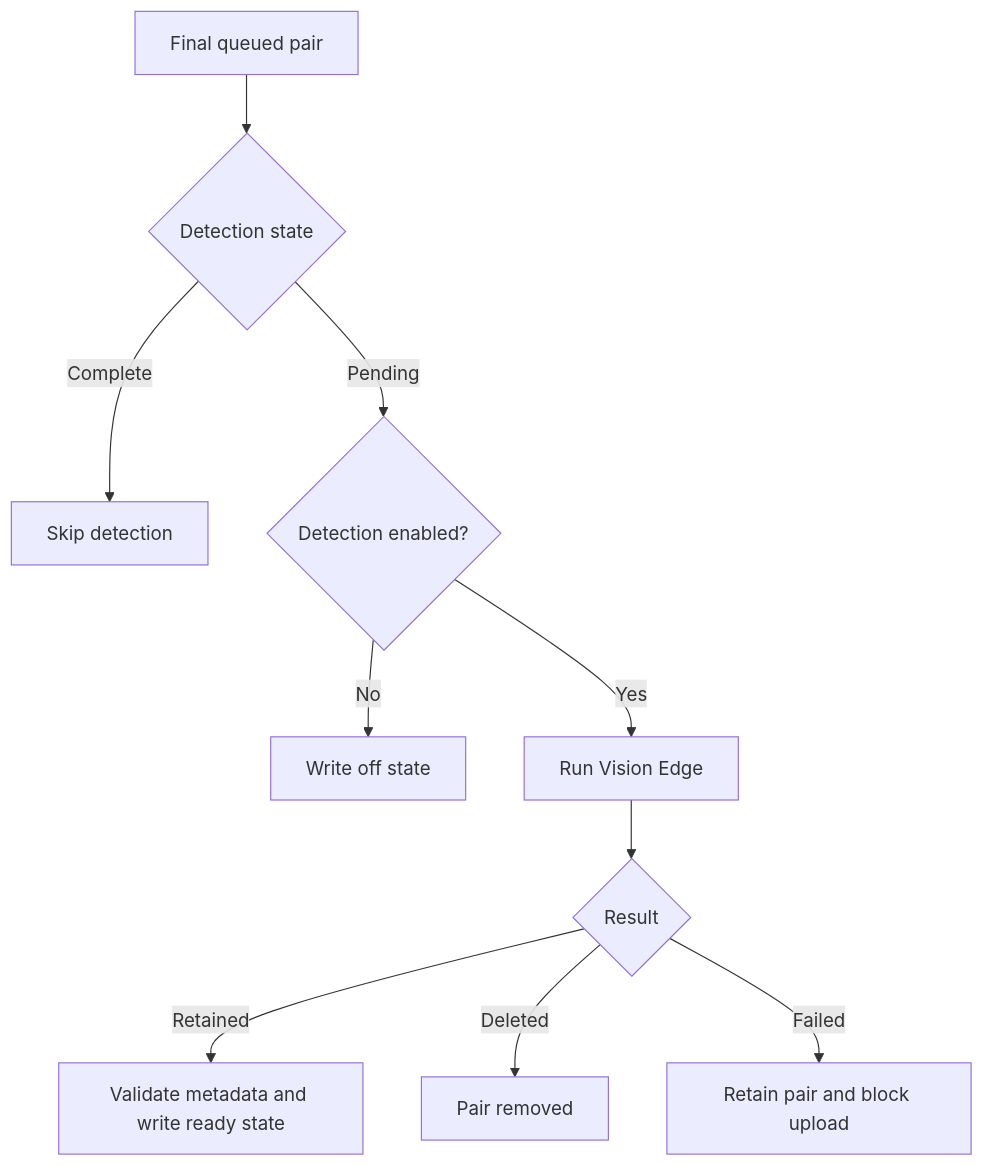
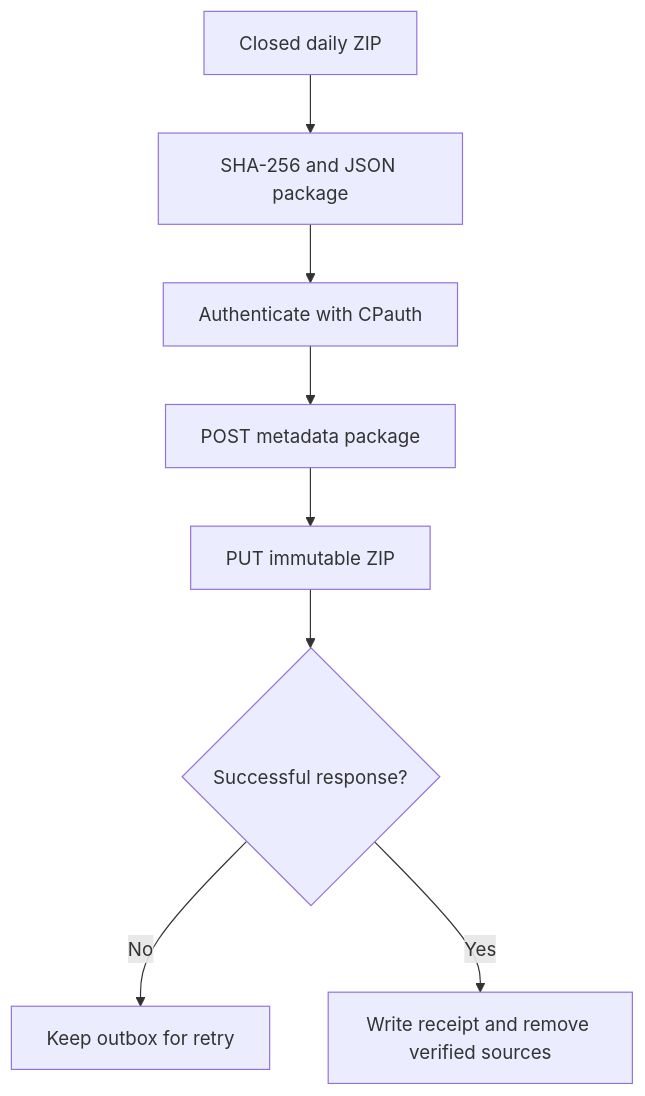
One commit to luca-c-eng/oscars-phenocam changed the second of 2 diagrams in software/docs/ARCHITECTURE.md. Above: the diagram before and after it, drawn with Mermaid. The commit also changed other lines of this file, not shown here.

First line of the commit message:
Revise architecture documentation for OSCARS-PHENOCAM

````diff
--- a/software/docs/ARCHITECTURE.md
+++ b/software/docs/ARCHITECTURE.md
@@ -174,12 +101,10 @@
 ```mermaid
 flowchart TD
-    A["Final queued pair"] --> B{"Detection state"}
-    B -- Complete --> C["Skip detection"]
-    B -- Pending --> D{"Detection enabled?"}
-    D -- No --> E["Write off state"]
-    D -- Yes --> F["Run Vision Edge"]
-    F --> G{"Result"}
-    G -- Retained --> H["Validate metadata and write ready state"]
-    G -- Deleted --> I["Pair removed"]
-    G -- Failed --> J["Retain pair and block upload"]
+    A["Closed daily ZIP"] --> B["SHA-256 and JSON package"]
+    B --> C["Authenticate with CPauth"]
+    C --> D["POST metadata package"]
+    D --> E["PUT immutable ZIP"]
+    E --> F{"Successful response?"}
+    F -- No --> G["Keep outbox for retry"]
+    F -- Yes --> H["Write receipt and remove verified sources"]
 ```
````
